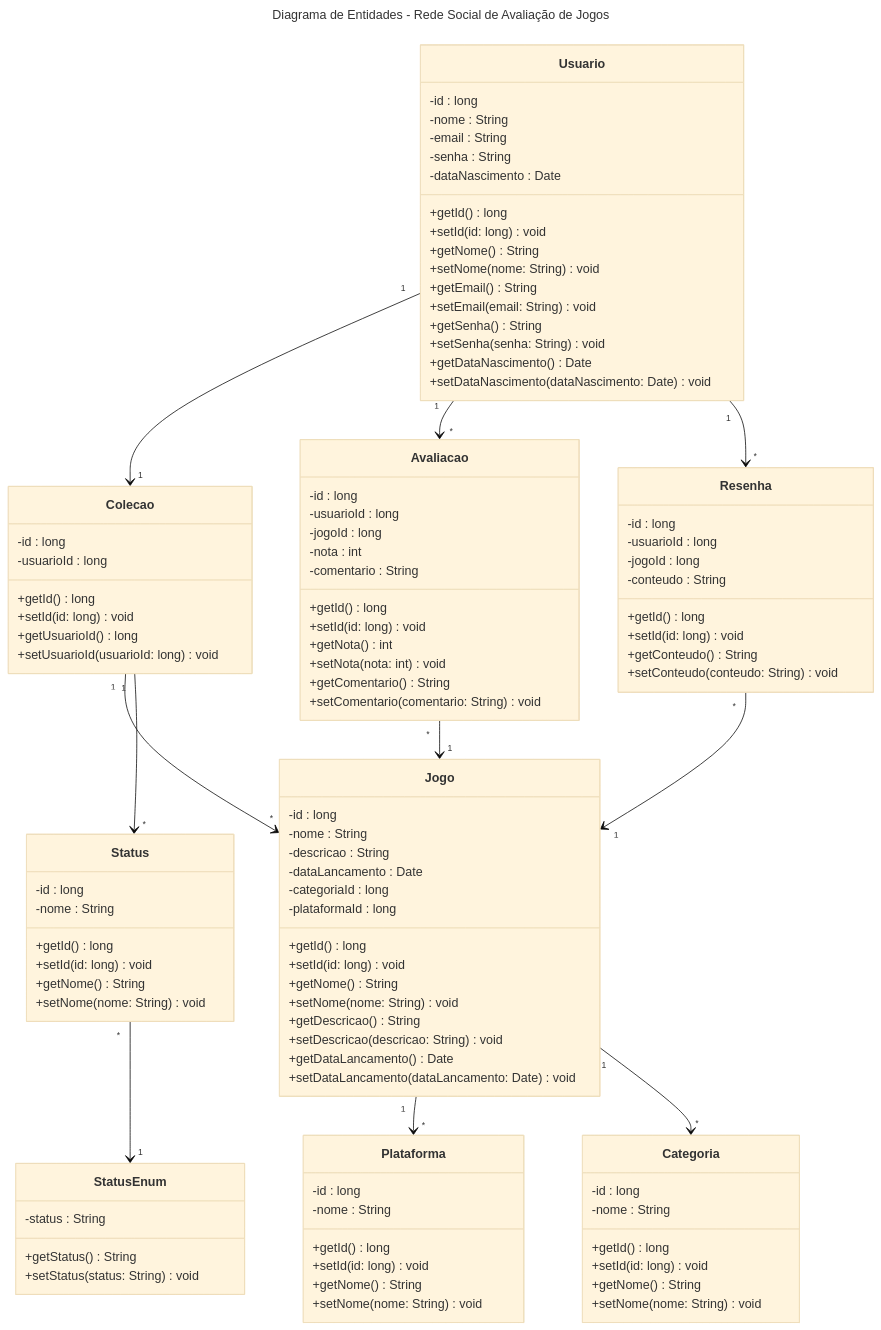
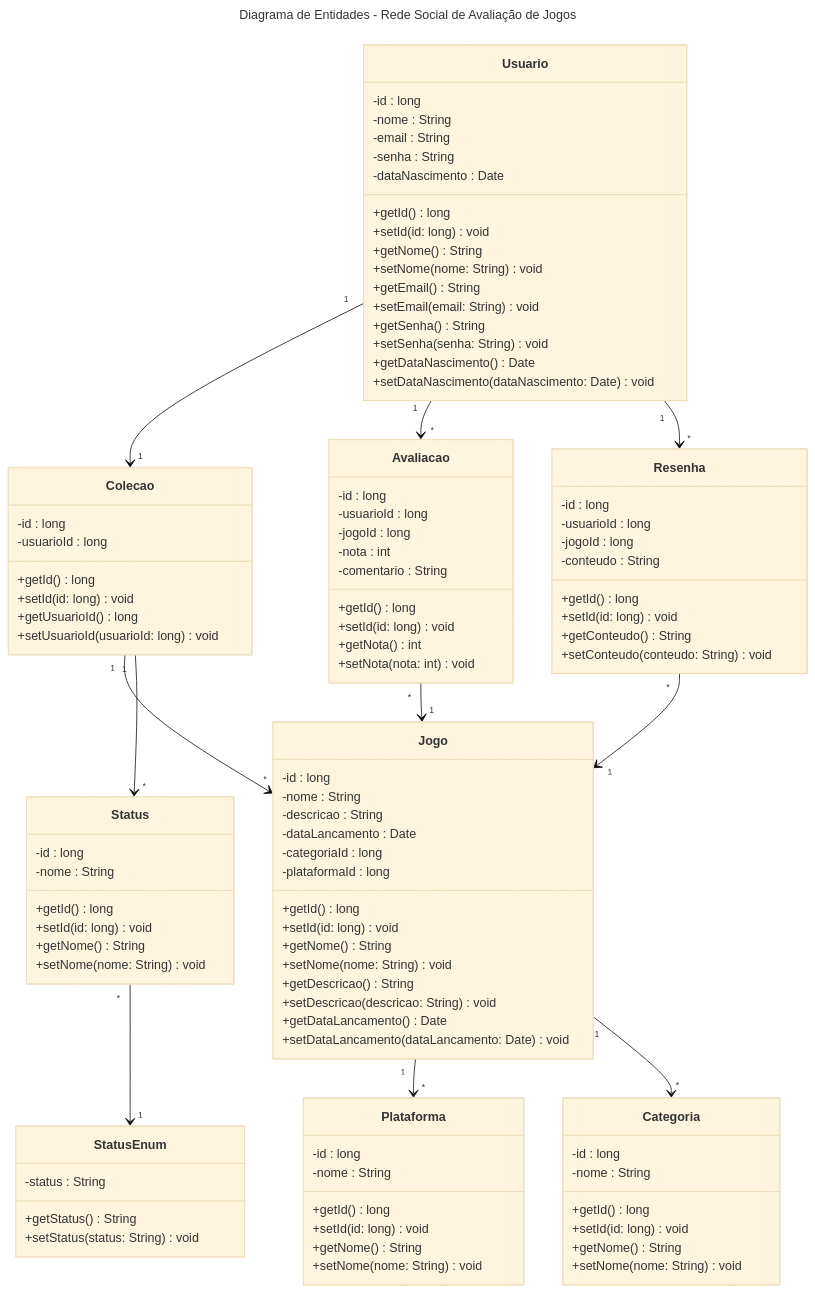
Before and after one commit to claramartinovsky/fabsoft-2025-2: the diagram in README.md, drawn with Mermaid (base theme). The commit also changed 5 other files, not shown here.

```diff
--- a/README.md
+++ b/README.md
@@ -145,8 +145,6 @@
         +setId(id: long) void
         +getNota() int
         +setNota(nota: int) void
-        +getComentario() String
-        +setComentario(comentario: String) void
     }
 
     class Resenha {
```
